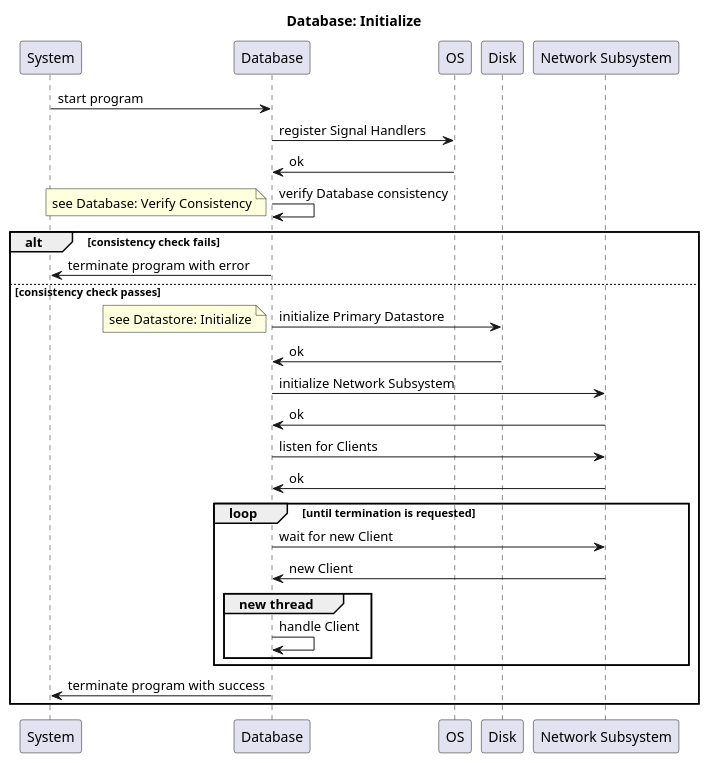
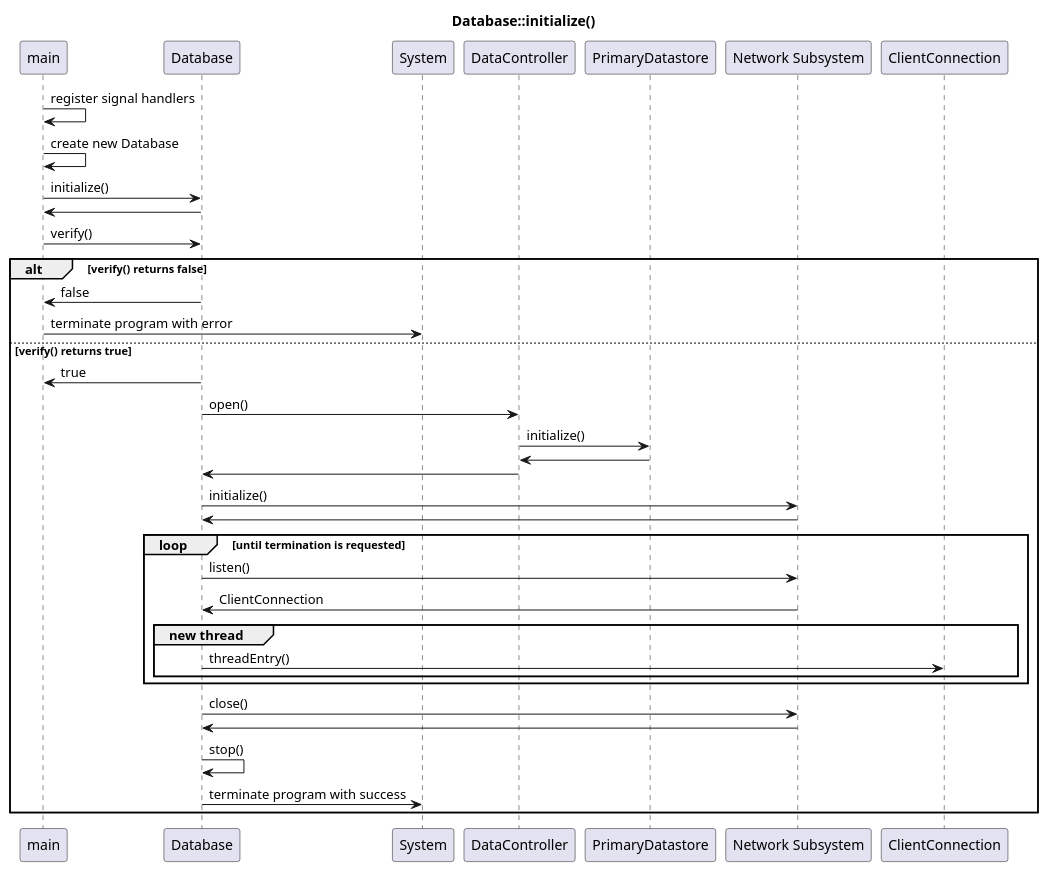
Before and after one commit to nyanzebra/aciddb: the first of 2 diagrams in design/sequence-diagrams/database.wsd, drawn with PlantUML. The commit also changed other lines of this file and 4 other files, not shown here.

First line of the commit message:
Refine sequences and add class models

```diff
--- a/design/sequence-diagrams/database.wsd
+++ b/design/sequence-diagrams/database.wsd
@@ -1,36 +1,36 @@
 @startuml
-Title: Database: Initialize
+Title: Database::initialize()
 
-System -> Database: start program
-Database -> OS: register Signal Handlers
-OS -> Database: ok
-Database -> Database: verify Database consistency
-note left
-	see Database: Verify Consistency
-end note
-alt consistency check fails
-	Database -> System: terminate program with error
+main -> main: register signal handlers
+main -> main: create new Database
+main -> Database: initialize()
+Database -> main:
+main -> Database: verify()
+alt verify() returns false
+	Database -> main: false
+	main -> System: terminate program with error
 
-else consistency check passes
-	Database -> Disk: initialize Primary Datastore
-	note left
-		see Datastore: Initialize
-	end note
-	Disk -> Database: ok
+else verify() returns true
+	Database -> main: true
+	Database -> DataController: open()
+	DataController -> PrimaryDatastore: initialize()
+	PrimaryDatastore -> DataController:
+	DataController -> Database:
 
 	participant "Network Subsystem" as Network
 
-	Database -> Network: initialize Network Subsystem
-	Network -> Database: ok
-	Database -> Network: listen for Clients
-	Network -> Database: ok
+	Database -> Network: initialize()
+	Network -> Database:
 	loop until termination is requested
-		Database -> Network: wait for new Client
-		Network -> Database: new Client
+		Database -> Network: listen()
+		Network -> Database: ClientConnection
 		group new thread
-			Database -> Database: handle Client
+			Database -> ClientConnection: threadEntry()
 		end
 	end
+	Database -> Network: close()
+	Network -> Database:
+	Database -> Database: stop()
 	Database -> System: terminate program with success
 end
 @enduml
```
